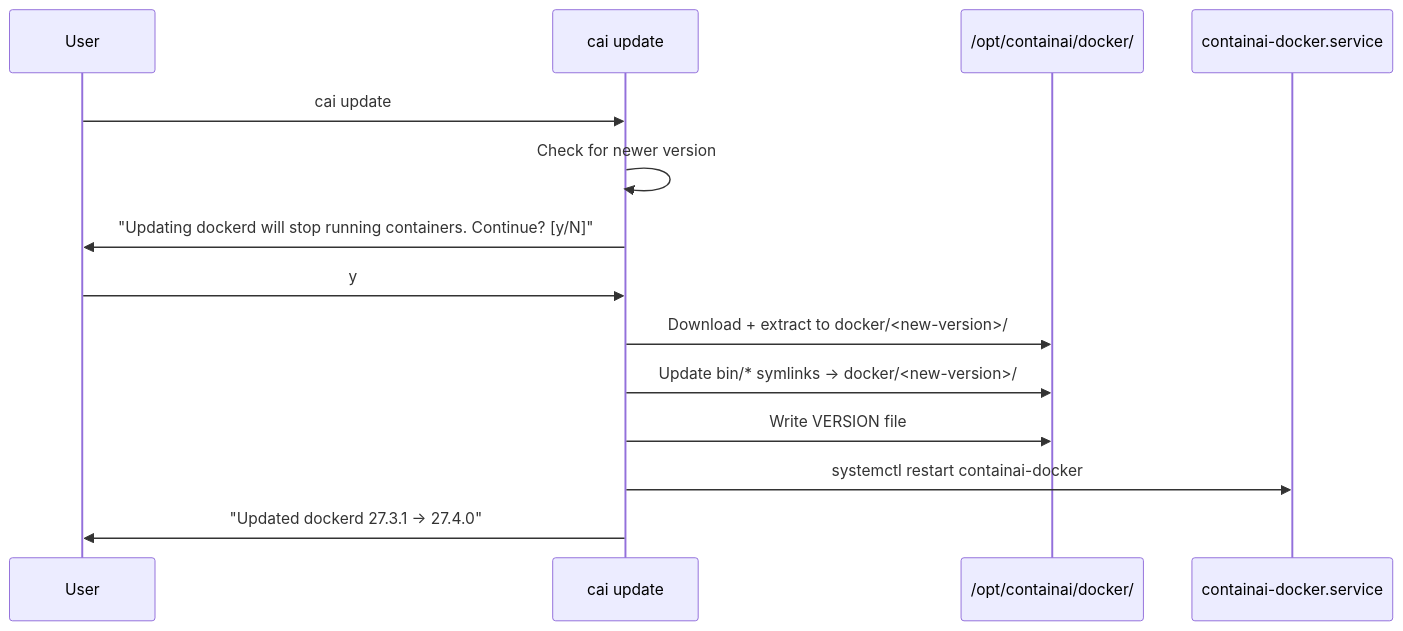
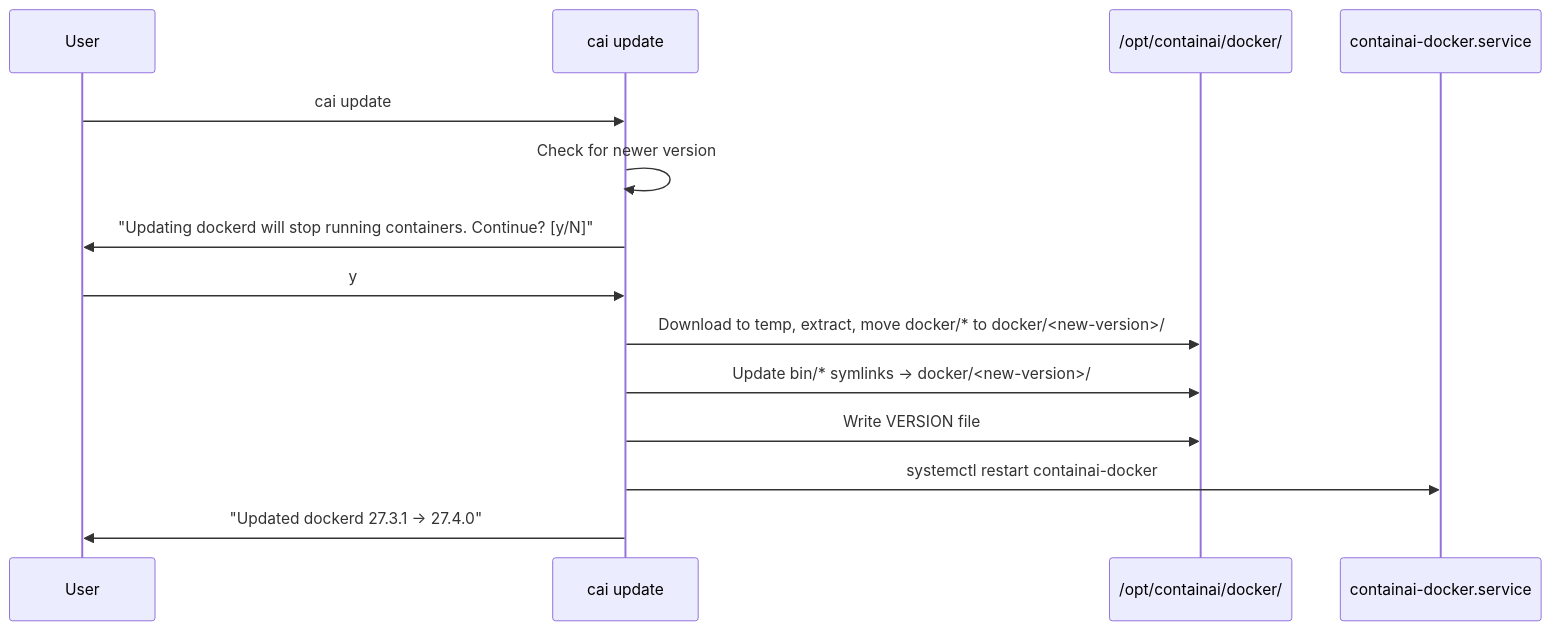
The diagram in .flow/specs/fn-15-281.md (novotnyllc/ContainAI), drawn with Mermaid before and after one commit. The commit also changed other lines of this file and 16 other files, not shown here.

````diff
--- a/.flow/specs/fn-15-281.md
+++ b/.flow/specs/fn-15-281.md
@@ -77,17 +84,17 @@
 ```mermaid
 sequenceDiagram
     participant U as User
     participant C as cai update
     participant D as /opt/containai/docker/
     participant S as containai-docker.service
 
     U->>C: cai update
     C->>C: Check for newer version
     C->>U: "Updating dockerd will stop running containers. Continue? [y/N]"
     U->>C: y
-    C->>D: Download + extract to docker/<new-version>/
+    C->>D: Download to temp, extract, move docker/* to docker/<new-version>/
     C->>D: Update bin/* symlinks → docker/<new-version>/
     C->>D: Write VERSION file
     C->>S: systemctl restart containai-docker
     C->>U: "Updated dockerd 27.3.1 → 27.4.0"
 ```
````
